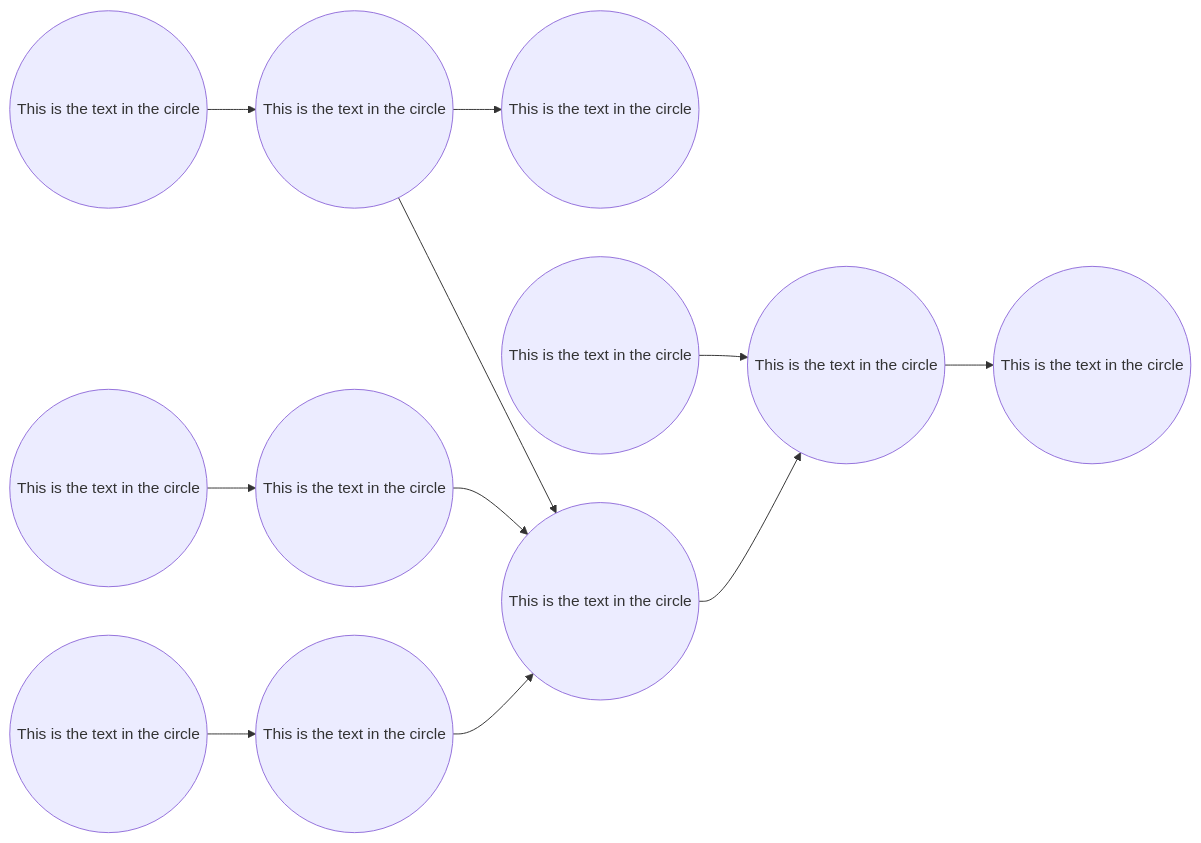
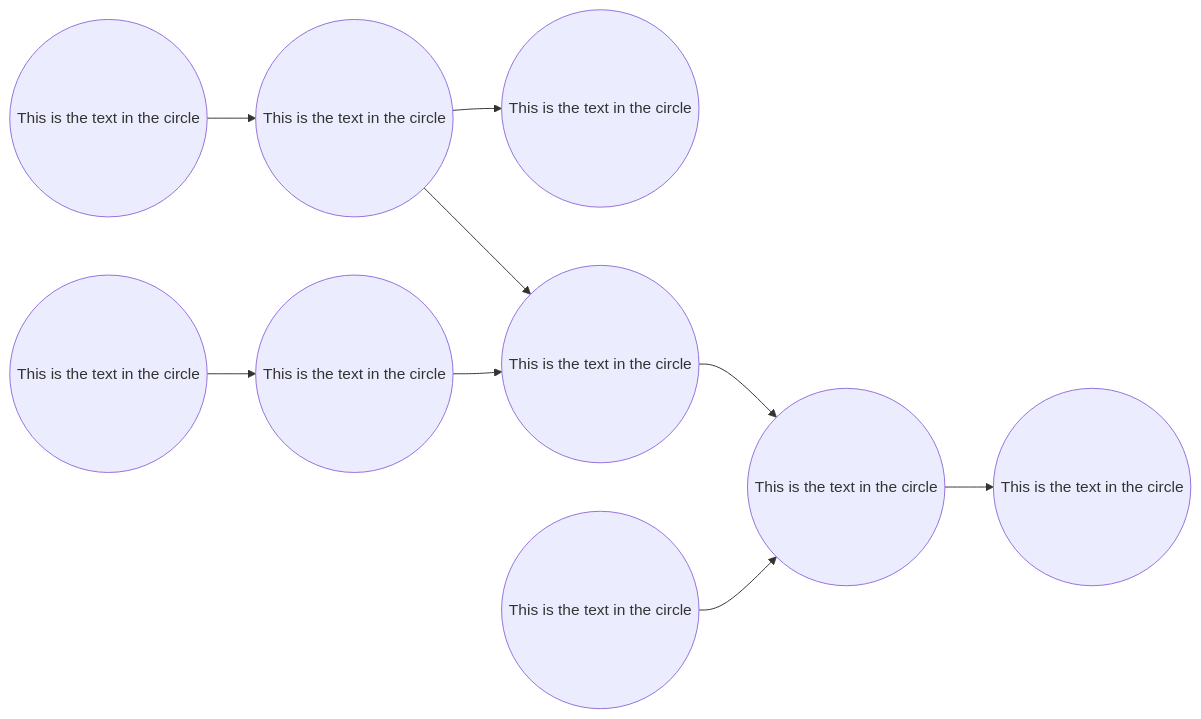
One commit to gerbssusd/dok changed the second of 2 diagrams in slides.md. Above: the diagram before and after it, drawn with Mermaid.

Commit message:
Publish application

````diff
--- a/slides.md
+++ b/slides.md
@@ -499,17 +499,14 @@
 ```mermaid {scale: .60}
 
 flowchart LR
     id1((This is the text in the circle)) -->
     id2((This is the text in the circle)) -->
     id3((This is the text in the circle))
-       id7.1((This is the text in the circle))-->
-       id7.2((This is the text in the circle))-->id4
-
        id3.1((This is the text in the circle))-->
        id3.2((This is the text in the circle))-->id4
    id2 --> id4((This is the text in the circle)) -->id6
     id5((This is the text in the circle)) -->
     id6((This is the text in the circle)) -->
     id7((This is the text in the circle))
 
 ```
````
